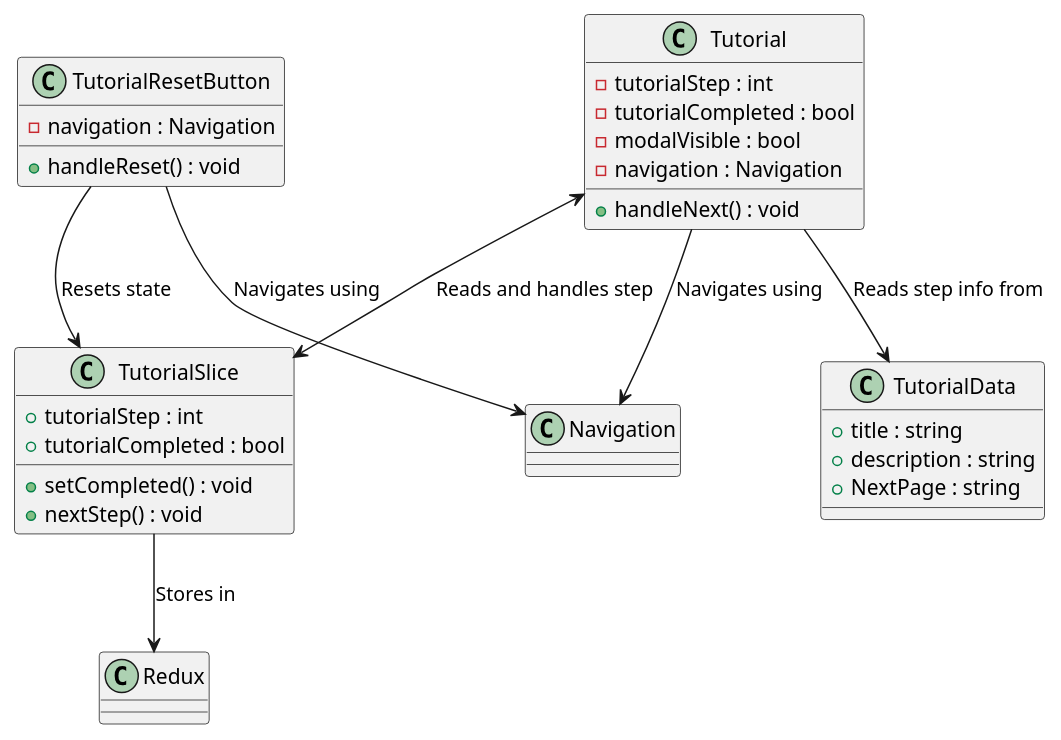
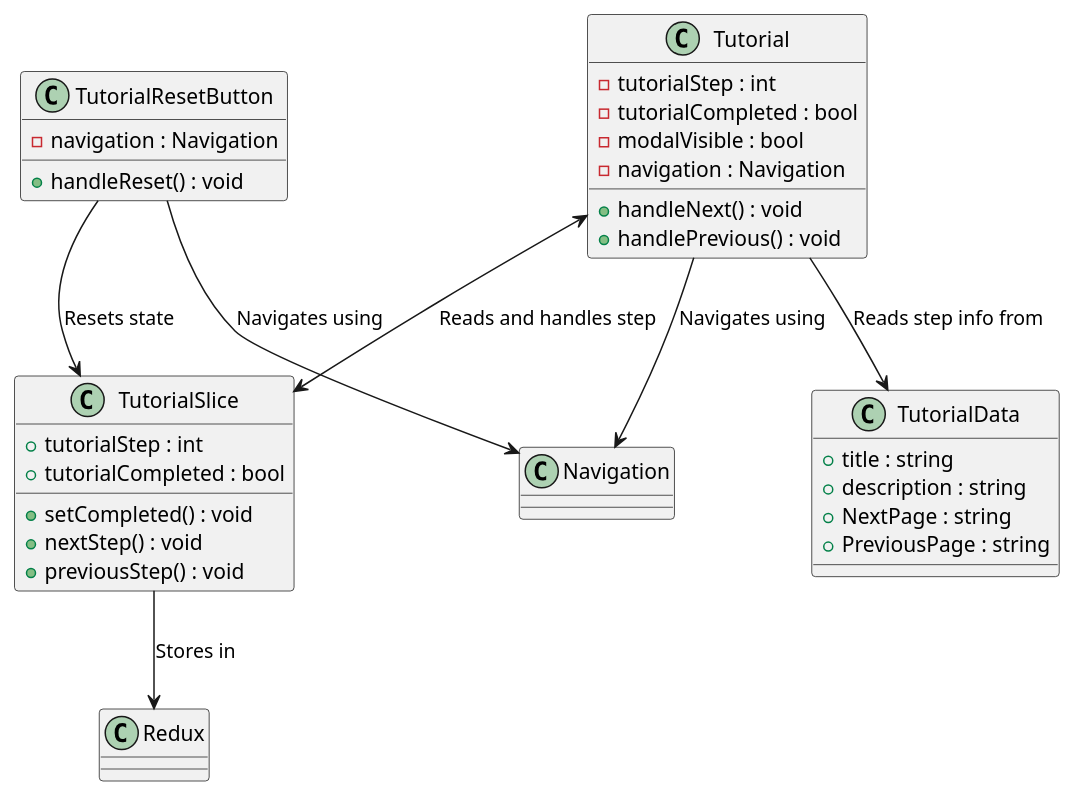
The diagram in tdd/tutorial.puml (Windesheim-AI/UML-diagrams), drawn with PlantUML before and after one commit.

Commit message:
refactor: Updated tutorial design with go back steps

```diff
--- a/tdd/tutorial.puml
+++ b/tdd/tutorial.puml
@@ -1,39 +1,42 @@
 @startuml ReactTutorialComponent
 
 class Tutorial {
     - tutorialStep : int
     - tutorialCompleted : bool
     - modalVisible : bool
     - navigation : Navigation
     + handleNext() : void
+    + handlePrevious() : void
 }
 
 class Navigation {
 }
 
 class TutorialSlice{
     + tutorialStep : int
     + tutorialCompleted : bool
 
     + setCompleted() : void
     + nextStep() : void
+    + previousStep() : void
 }
 
 class TutorialResetButton {
     - navigation : Navigation
 
     + handleReset() : void
 }
 
 class TutorialData{
     + title : string
     + description : string
     + NextPage : string
+    + PreviousPage : string
 }
 Tutorial <--> TutorialSlice: Reads and handles step
 Tutorial --> Navigation: Navigates using
 Tutorial --> TutorialData: Reads step info from
 TutorialSlice --> Redux: Stores in
 TutorialResetButton --> Navigation: Navigates using
 TutorialResetButton --> TutorialSlice: Resets state
 @enduml
```
